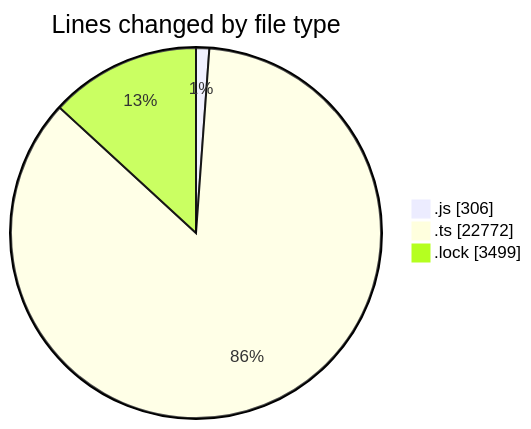
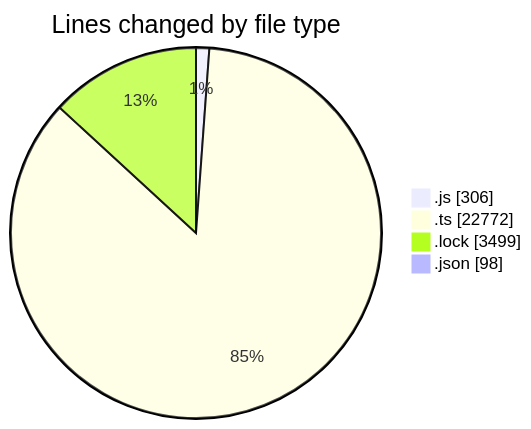
One commit to momahboobian/code-tracking changed the first of 2 diagrams in 2025-05-27/cda/README.md. Above: the diagram before and after it, drawn with Mermaid. The commit also changed other lines of this file and 1 other file, not shown here.

Commit message:
Type: Scope: Brief summary: Modified functions: * Total lines added/removed * Total active time Files changed: * activity.json * README.md Activity duration:

````diff
--- a/2025-05-27/cda/README.md
+++ b/2025-05-27/cda/README.md
@@ -28,7 +29,8 @@
 ```mermaid
 pie showData
 title Lines changed by file type
 ".js" : 306
 ".ts" : 22772
 ".lock" : 3499
+".json" : 98
 ```
````
